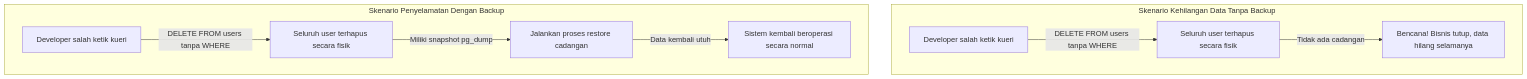
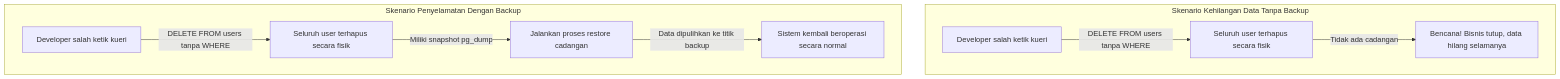
One commit to syahputrawork98-sketch/PostgreSQL-Knowledge-Base changed the diagram in materi/08-administrasi-dba-dan-operasional/buku-01-backup-restore-dan-risiko-data/bab-01-kenapa-backup-database-penting.md. Above: the diagram before and after it, drawn with Mermaid. The commit also changed other lines of this file and 7 other files, not shown here.

````diff
--- a/materi/08-administrasi-dba-dan-operasional/buku-01-backup-restore-dan-risiko-data/bab-01-kenapa-backup-database-penting.md
+++ b/materi/08-administrasi-dba-dan-operasional/buku-01-backup-restore-dan-risiko-data/bab-01-kenapa-backup-database-penting.md
@@ -52,13 +52,13 @@
 ```mermaid
 graph TD
     subgraph Skenario Kehilangan Data Tanpa Backup
         A1[Developer salah ketik kueri] -->|DELETE FROM users tanpa WHERE| A2[Seluruh user terhapus secara fisik]
         A2 -->|Tidak ada cadangan| A3[Bencana! Bisnis tutup, data hilang selamanya]
     end
     
     subgraph Skenario Penyelamatan Dengan Backup
         B1[Developer salah ketik kueri] -->|DELETE FROM users tanpa WHERE| B2[Seluruh user terhapus secara fisik]
         B2 -->|Miliki snapshot pg_dump| B3[Jalankan proses restore cadangan]
-        B3 -->|Data kembali utuh| B4[Sistem kembali beroperasi secara normal]
+        B3 -->|Data dipulihkan ke titik backup| B4[Sistem kembali beroperasi secara normal]
     end
 ```
````
